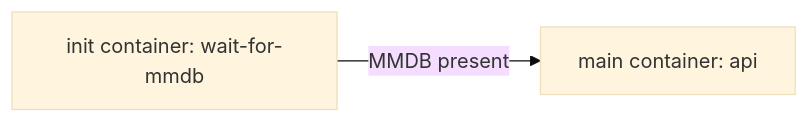
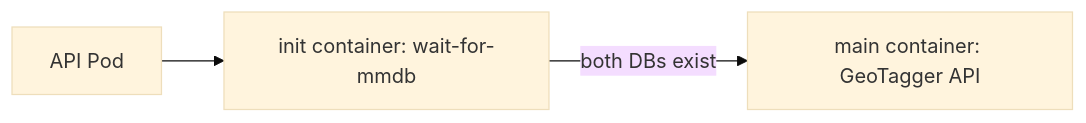
The second of 9 diagrams in docs/KUBERNETES.md (Jstarzz/geotagger), drawn with Mermaid (base theme) before and after one commit. The commit also changed other lines of this file, not shown here.

Commit message:
docs: update K3s guide for dual MMDB architecture

````diff
--- a/docs/KUBERNETES.md
+++ b/docs/KUBERNETES.md
@@ -35,4 +19,5 @@
 ```mermaid
 flowchart LR
-    INIT["init container: wait-for-mmdb"] -->|"MMDB present"| API["main container: api"]
+    POD["API Pod"] --> INIT["init container: wait-for-mmdb"]
+    INIT -->|"both DBs exist"| API["main container: GeoTagger API"]
 ```
````
